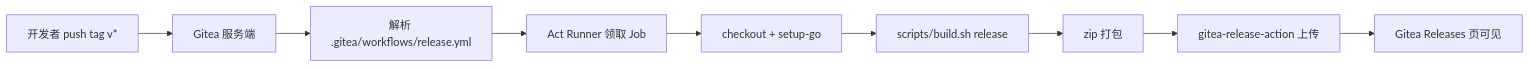
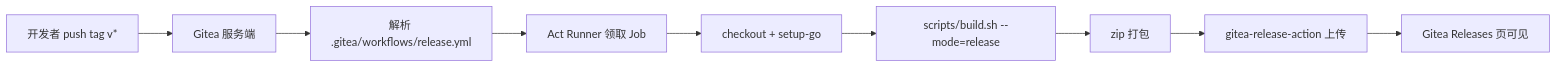
Before and after one commit to astrueus/doc: the diagram in docs/release-gitea-actions.md, drawn with Mermaid. The commit also changed other lines of this file and 7 other files, not shown here.

````diff
--- a/docs/release-gitea-actions.md
+++ b/docs/release-gitea-actions.md
@@ -15,11 +15,11 @@
 ```mermaid
 flowchart LR
     A[开发者 push tag v*] --> B[Gitea 服务端]
     B --> C[解析 .gitea/workflows/release.yml]
     C --> D[Act Runner 领取 Job]
     D --> E[checkout + setup-go]
-    E --> F[scripts/build.sh release]
+    E --> F[scripts/build.sh --mode=release]
     F --> G[zip 打包]
     G --> H[gitea-release-action 上传]
     H --> I[Gitea Releases 页可见]
 ```
````
